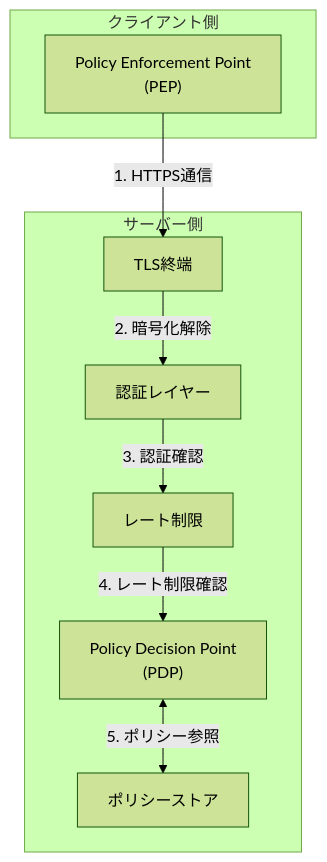
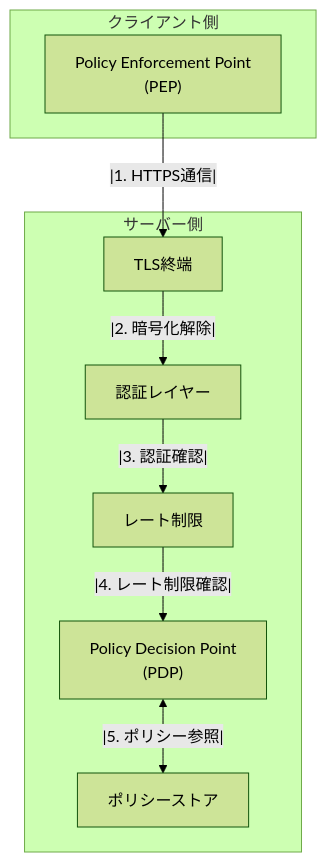
One commit to kanywst/authzen changed the first of 11 diagrams in docs/diagrams/security-implementation-diagrams.md. Above: the diagram before and after it, drawn with Mermaid (forest theme). The commit also changed 1 other file, not shown here.

````diff
--- a/docs/diagrams/security-implementation-diagrams.md
+++ b/docs/diagrams/security-implementation-diagrams.md
@@ -9,20 +9,20 @@
 ```mermaid
 flowchart TD
     subgraph "クライアント側"
         PEP["Policy Enforcement Point\n(PEP)"]
     end
     
     subgraph "サーバー側"
         TLS["TLS終端"]
         Auth["認証レイヤー"]
         RateLimit["レート制限"]
         PDP["Policy Decision Point\n(PDP)"]
         PS["ポリシーストア"]
     end
     
-    PEP -->|1. HTTPS通信| TLS
-    TLS -->|2. 暗号化解除| Auth
-    Auth -->|3. 認証確認| RateLimit
-    RateLimit -->|4. レート制限確認| PDP
-    PDP <-->|5. ポリシー参照| PS
+    PEP --|1. HTTPS通信|--> TLS
+    TLS --|2. 暗号化解除|--> Auth
+    Auth --|3. 認証確認|--> RateLimit
+    RateLimit --|4. レート制限確認|--> PDP
+    PDP <--|5. ポリシー参照|--> PS
 ```
````
